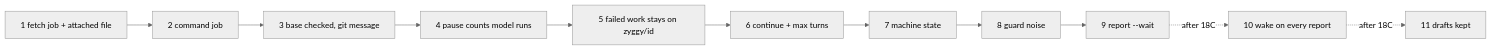
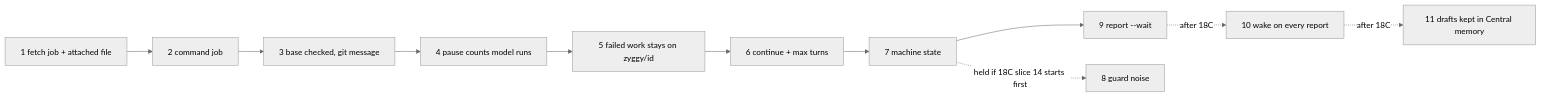
One commit to zyggy-org/zyggy changed the third of 3 diagrams in _specs/59-quick-wins-jobs-reports.md. Above: the diagram before and after it, drawn with Mermaid (neutral theme). The commit also changed other lines of this file and 2 other files, not shown here.

````diff
--- a/_specs/59-quick-wins-jobs-reports.md
+++ b/_specs/59-quick-wins-jobs-reports.md
@@ -77,13 +86,13 @@
 ```mermaid
 flowchart LR
   s1[1 fetch job + attached file] --> s2[2 command job]
   s2 --> s3[3 base checked, git message]
   s3 --> s4[4 pause counts model runs]
   s4 --> s5[5 failed work stays on zyggy/id]
   s5 --> s6[6 continue + max turns]
   s6 --> s7[7 machine state]
-  s7 --> s8[8 guard noise]
-  s8 --> s9[9 report --wait]
+  s7 --> s9[9 report --wait]
+  s7 -.held if 18C slice 14 starts first.-> s8[8 guard noise]
   s9 -.after 18C.-> s10[10 wake on every report]
-  s10 -.after 18C.-> s11[11 drafts kept]
+  s10 -.after 18C.-> s11[11 drafts kept in Central memory]
 ```
````
